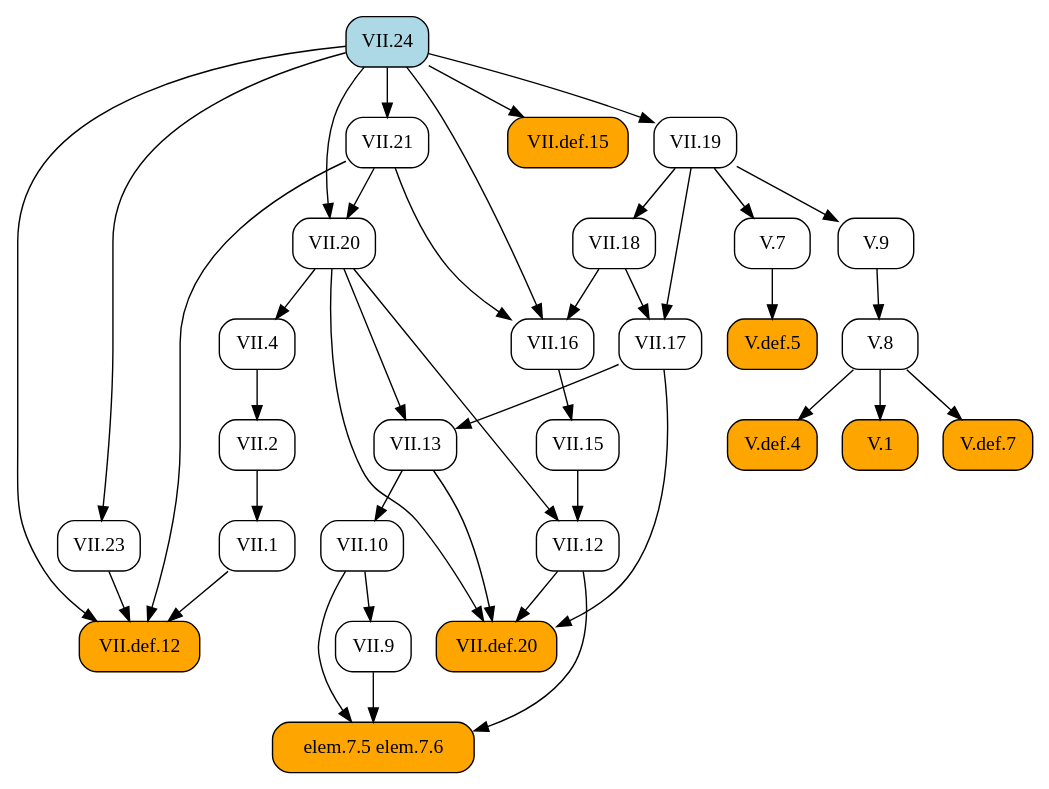
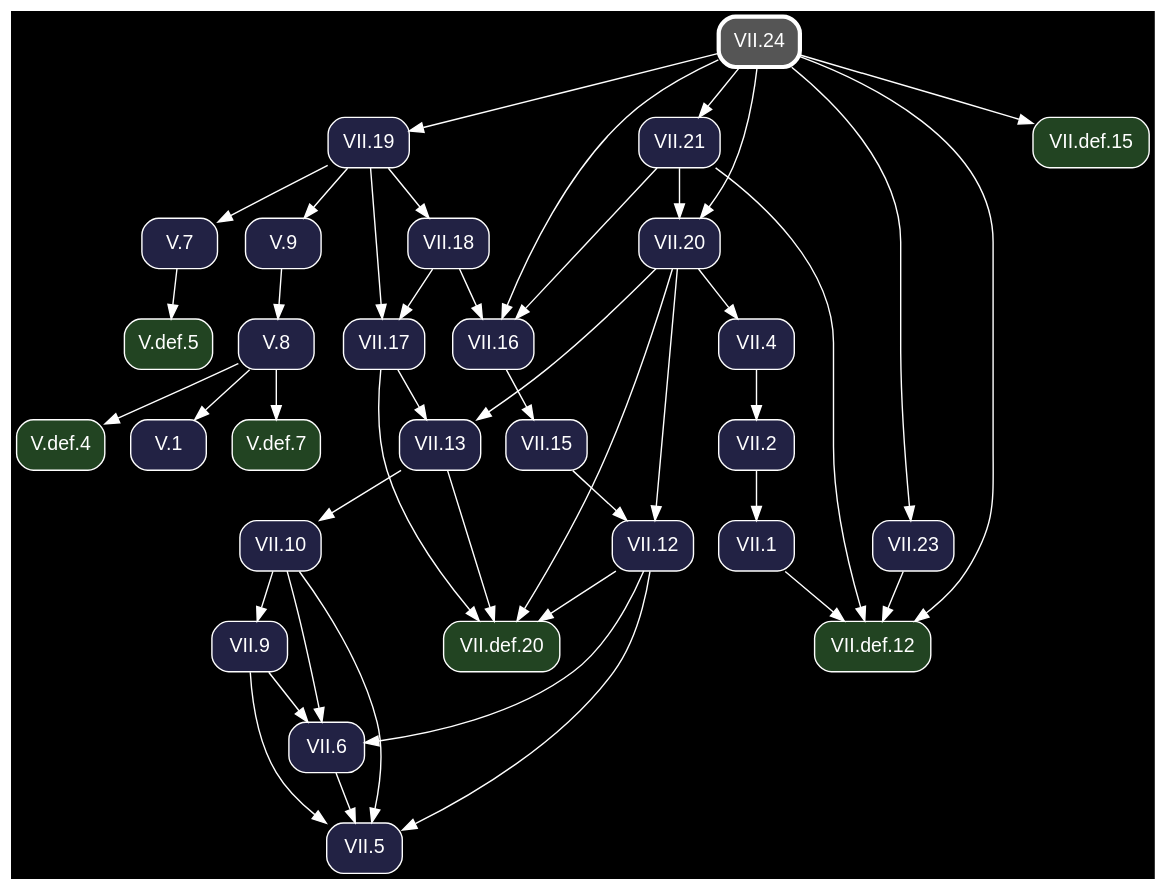
Before and after one commit to geometor/elements: the diagram in docsrc/heath/VII/24/index.rst, drawn with Graphviz. The commit also changed other lines of this file and 1200 other files, not shown here.

Commit message:
update dependency graphs

```diff
--- a/docsrc/heath/VII/24/index.rst
+++ b/docsrc/heath/VII/24/index.rst
@@ -48,73 +48,80 @@
 .. graphviz::
 
    digraph {
+     bgcolor="black";
+     node [shape=box, style="rounded,filled", fontname="Helvetica", color="white", fontcolor="white"];
+     edge [color="white", fontcolor="white"];
      rankdir="TB";
-     node [shape=box, style=rounded];
-     "VII.12" [URL="/heath/VII/12/", target="_top"];
-     "elem.7.5 elem.7.6" [style="rounded,filled", fillcolor=orange];
-     "V.def.7" [style="rounded,filled", fillcolor=orange, URL="/heath/V/def.7/", target="_top"];
-     "VII.9" [URL="/heath/VII/9/", target="_top"];
-     "VII.18" [URL="/heath/VII/18/", target="_top"];
-     "VII.16" [URL="/heath/VII/16/", target="_top"];
-     "V.7" [URL="/heath/V/7/", target="_top"];
-     "VII.21" [URL="/heath/VII/21/", target="_top"];
-     "V.def.5" [style="rounded,filled", fillcolor=orange, URL="/heath/V/def.5/", target="_top"];
-     "V.def.4" [style="rounded,filled", fillcolor=orange, URL="/heath/V/def.4/", target="_top"];
-     "V.9" [URL="/heath/V/9/", target="_top"];
-     "VII.1" [URL="/heath/VII/1/", target="_top"];
-     "VII.10" [URL="/heath/VII/10/", target="_top"];
-     "V.8" [URL="/heath/V/8/", target="_top"];
-     "VII.13" [URL="/heath/VII/13/", target="_top"];
-     "VII.23" [URL="/heath/VII/23/", target="_top"];
-     "VII.4" [URL="/heath/VII/4/", target="_top"];
-     "VII.def.12" [style="rounded,filled", fillcolor=orange, URL="/heath/VII/def.12/", target="_top"];
-     "VII.20" [URL="/heath/VII/20/", target="_top"];
-     "V.1" [style="rounded,filled", fillcolor=orange, URL="/heath/V/1/", target="_top"];
-     "VII.def.15" [style="rounded,filled", fillcolor=orange, URL="/heath/VII/def.15/", target="_top"];
-     "VII.24" [style="rounded,filled", fillcolor=lightblue, URL="/heath/VII/24/", target="_top"];
-     "VII.17" [URL="/heath/VII/17/", target="_top"];
-     "VII.19" [URL="/heath/VII/19/", target="_top"];
-     "VII.2" [URL="/heath/VII/2/", target="_top"];
-     "VII.def.20" [style="rounded,filled", fillcolor=orange, URL="/heath/VII/def.20/", target="_top"];
-     "VII.15" [URL="/heath/VII/15/", target="_top"];
-     "VII.15" -> "VII.12";
-     "VII.20" -> "VII.12";
-     "VII.9" -> "elem.7.5 elem.7.6";
-     "VII.10" -> "elem.7.5 elem.7.6";
-     "VII.12" -> "elem.7.5 elem.7.6";
+     "V.def.5" [fillcolor="#224422", URL="/heath/V/def.5/", target="_top"];
+     "V.def.7" [fillcolor="#224422", URL="/heath/V/def.7/", target="_top"];
+     "VII.20" [fillcolor="#222244", URL="/heath/VII/20/", target="_top"];
+     "VII.18" [fillcolor="#222244", URL="/heath/VII/18/", target="_top"];
+     "VII.2" [fillcolor="#222244", URL="/heath/VII/2/", target="_top"];
+     "V.def.4" [fillcolor="#224422", URL="/heath/V/def.4/", target="_top"];
+     "VII.5" [fillcolor="#222244", URL="/heath/VII/5/", target="_top"];
+     "VII.def.20" [fillcolor="#224422", URL="/heath/VII/def.20/", target="_top"];
+     "VII.def.15" [fillcolor="#224422", URL="/heath/VII/def.15/", target="_top"];
+     "VII.1" [fillcolor="#222244", URL="/heath/VII/1/", target="_top"];
+     "VII.6" [fillcolor="#222244", URL="/heath/VII/6/", target="_top"];
+     "VII.16" [fillcolor="#222244", URL="/heath/VII/16/", target="_top"];
+     "VII.15" [fillcolor="#222244", URL="/heath/VII/15/", target="_top"];
+     "VII.13" [fillcolor="#222244", URL="/heath/VII/13/", target="_top"];
+     "V.1" [fillcolor="#222244", URL="/heath/V/1/", target="_top"];
+     "VII.10" [fillcolor="#222244", URL="/heath/VII/10/", target="_top"];
+     "VII.4" [fillcolor="#222244", URL="/heath/VII/4/", target="_top"];
+     "VII.23" [fillcolor="#222244", URL="/heath/VII/23/", target="_top"];
+     "VII.def.12" [fillcolor="#224422", URL="/heath/VII/def.12/", target="_top"];
+     "VII.19" [fillcolor="#222244", URL="/heath/VII/19/", target="_top"];
+     "V.8" [fillcolor="#222244", URL="/heath/V/8/", target="_top"];
+     "VII.21" [fillcolor="#222244", URL="/heath/VII/21/", target="_top"];
+     "VII.9" [fillcolor="#222244", URL="/heath/VII/9/", target="_top"];
+     "V.7" [fillcolor="#222244", URL="/heath/V/7/", target="_top"];
+     "VII.12" [fillcolor="#222244", URL="/heath/VII/12/", target="_top"];
+     "V.9" [fillcolor="#222244", URL="/heath/V/9/", target="_top"];
+     "VII.17" [fillcolor="#222244", URL="/heath/VII/17/", target="_top"];
+     "VII.24" [penwidth=3, color="white", fillcolor="#555555", URL="/heath/VII/24/", target="_top"];
+     "V.7" -> "V.def.5";
      "V.8" -> "V.def.7";
-     "VII.10" -> "VII.9";
+     "VII.21" -> "VII.20";
+     "VII.24" -> "VII.20";
      "VII.19" -> "VII.18";
+     "VII.4" -> "VII.2";
+     "V.8" -> "V.def.4";
+     "VII.6" -> "VII.5";
+     "VII.9" -> "VII.5";
+     "VII.10" -> "VII.5";
+     "VII.12" -> "VII.5";
+     "VII.12" -> "VII.def.20";
+     "VII.13" -> "VII.def.20";
+     "VII.17" -> "VII.def.20";
+     "VII.20" -> "VII.def.20";
+     "VII.24" -> "VII.def.15";
+     "VII.2" -> "VII.1";
+     "VII.9" -> "VII.6";
+     "VII.10" -> "VII.6";
+     "VII.12" -> "VII.6";
      "VII.18" -> "VII.16";
      "VII.21" -> "VII.16";
      "VII.24" -> "VII.16";
-     "VII.19" -> "V.7";
-     "VII.24" -> "VII.21";
-     "V.7" -> "V.def.5";
-     "V.8" -> "V.def.4";
-     "VII.19" -> "V.9";
-     "VII.2" -> "VII.1";
-     "VII.13" -> "VII.10";
-     "V.9" -> "V.8";
+     "VII.16" -> "VII.15";
      "VII.17" -> "VII.13";
      "VII.20" -> "VII.13";
+     "V.8" -> "V.1";
+     "VII.13" -> "VII.10";
+     "VII.20" -> "VII.4";
      "VII.24" -> "VII.23";
-     "VII.20" -> "VII.4";
      "VII.1" -> "VII.def.12";
      "VII.21" -> "VII.def.12";
      "VII.23" -> "VII.def.12";
      "VII.24" -> "VII.def.12";
-     "VII.21" -> "VII.20";
-     "VII.24" -> "VII.20";
-     "V.8" -> "V.1";
-     "VII.24" -> "VII.def.15";
+     "VII.24" -> "VII.19";
+     "V.9" -> "V.8";
+     "VII.24" -> "VII.21";
+     "VII.10" -> "VII.9";
+     "VII.19" -> "V.7";
+     "VII.15" -> "VII.12";
+     "VII.20" -> "VII.12";
+     "VII.19" -> "V.9";
      "VII.18" -> "VII.17";
      "VII.19" -> "VII.17";
-     "VII.24" -> "VII.19";
-     "VII.4" -> "VII.2";
-     "VII.12" -> "VII.def.20";
-     "VII.13" -> "VII.def.20";
-     "VII.17" -> "VII.def.20";
-     "VII.20" -> "VII.def.20";
-     "VII.16" -> "VII.15";
    }
```
